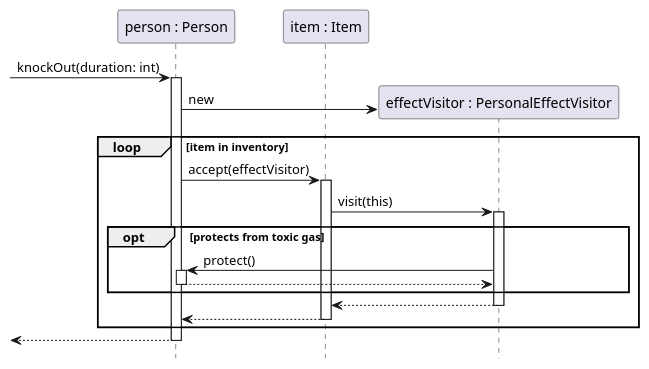
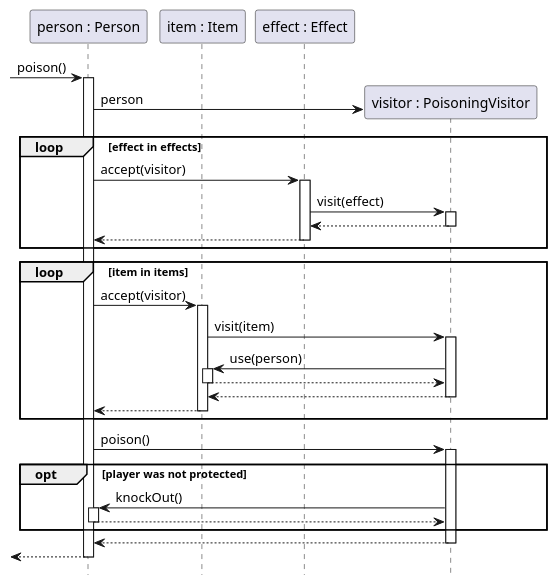
The diagram in docs/diagrams/sequence/toxic-room.puml (sn4k3ch4rm3r/logarlec), drawn with PlantUML before and after one commit. The commit also changed 6 other files, not shown here.

```diff
--- a/docs/diagrams/sequence/toxic-room.puml
+++ b/docs/diagrams/sequence/toxic-room.puml
@@ -1,24 +1,35 @@
 @startuml toxic-room
 
 hide footbox
 
 participant "person : Person" as p
 participant "item : Item" as i
+participant "effect : Effect" as e
 
-[-> p++: knockOut(duration: int)
-create "effectVisitor : PersonalEffectVisitor" as ev
-p -> ev : new 
-loop item in inventory
-	p -> i ++: accept(effectVisitor)
-	i -> ev ++: visit(this)
-	opt protects from toxic gas
-		ev -> p ++: protect()
-		p --> ev --
-	end
-	ev --> i --
+[-> p ++ : poison()
+create "visitor : PoisoningVisitor" as v
+p -> v : person
+loop effect in effects
+	p -> e ++: accept(visitor)
+	e -> v ++: visit(effect)
+	v --> e --
+	e --> p --
+end
+loop item in items
+	p -> i ++: accept(visitor)
+	i -> v ++: visit(item)
+	v -> i ++: use(person)
+	i --> v --
+	v --> i --
 	i --> p --
 end
 
+p -> v ++: poison()
+opt player was not protected
+v -> p ++: knockOut()
+p --> v --
+end 
+v --> p --
 [<-- p --
 
 @enduml
```
